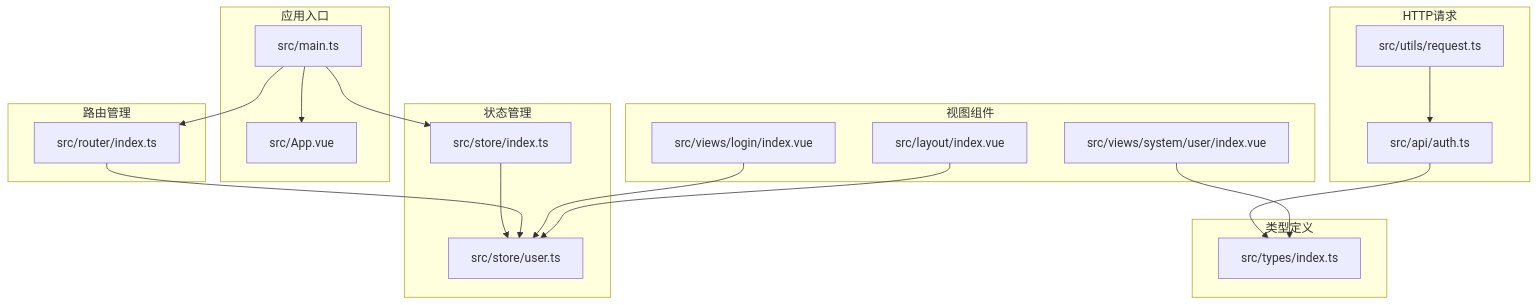
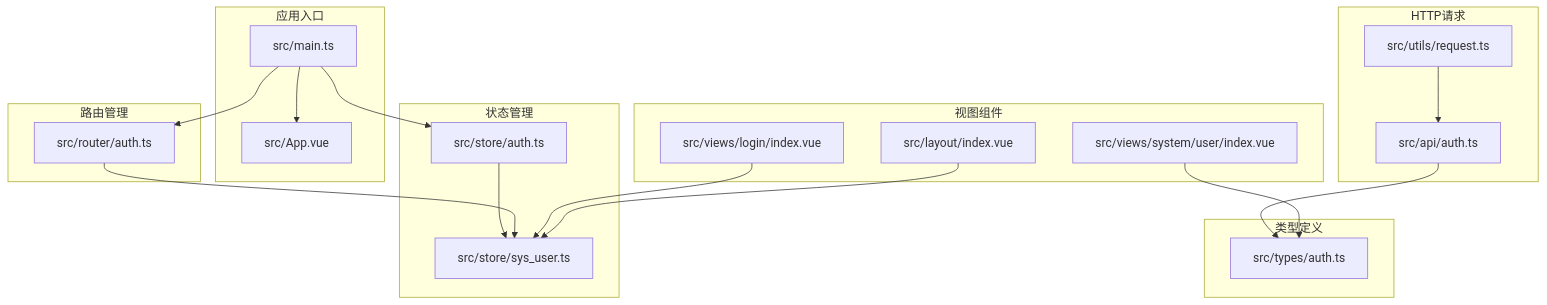
The first of 7 diagrams in .qoder/repowiki/zh/content/架构设计/数据流设计.md (qiseyun/vue-ts-admin), drawn with Mermaid before and after one commit. The commit also changed other lines of this file and 42 other files, not shown here.

````diff
--- a/.qoder/repowiki/zh/content/架构设计/数据流设计.md
+++ b/.qoder/repowiki/zh/content/架构设计/数据流设计.md
@@ -40,36 +40,36 @@
 ```mermaid
 graph TB
 subgraph "应用入口"
 A[src/main.ts]
 B[src/App.vue]
 end
 subgraph "状态管理"
-C[src/store/index.ts]
-D[src/store/user.ts]
+C[src/store/auth.ts]
+D[src/store/sys_user.ts]
 end
 subgraph "路由管理"
-E[src/router/index.ts]
+E[src/router/auth.ts]
 end
 subgraph "HTTP请求"
 F[src/utils/request.ts]
 G[src/api/auth.ts]
 end
 subgraph "类型定义"
-H[src/types/index.ts]
+H[src/types/auth.ts]
 end
 subgraph "视图组件"
 I[src/views/login/index.vue]
 J[src/layout/index.vue]
 K[src/views/system/user/index.vue]
 end
 A --> B
 A --> C
 A --> E
 C --> D
 E --> D
 F --> G
 G --> H
 I --> D
 J --> D
 K --> H
 ```
````
